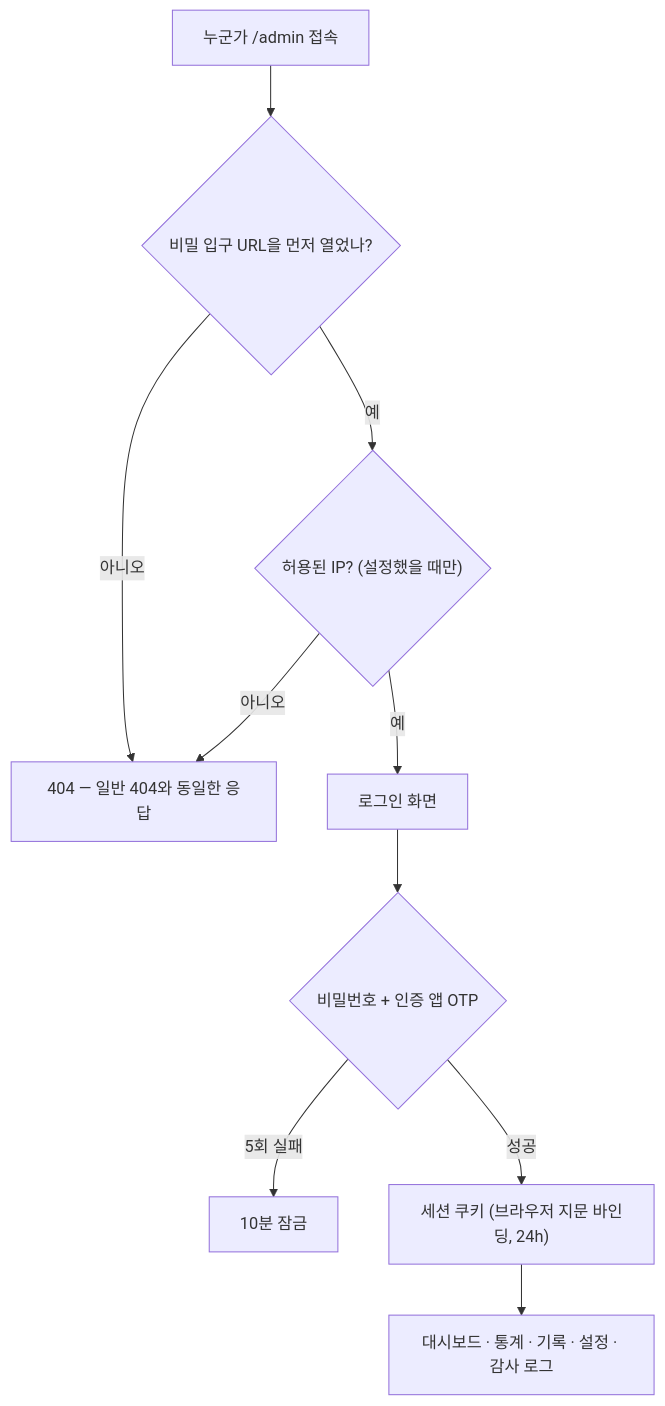
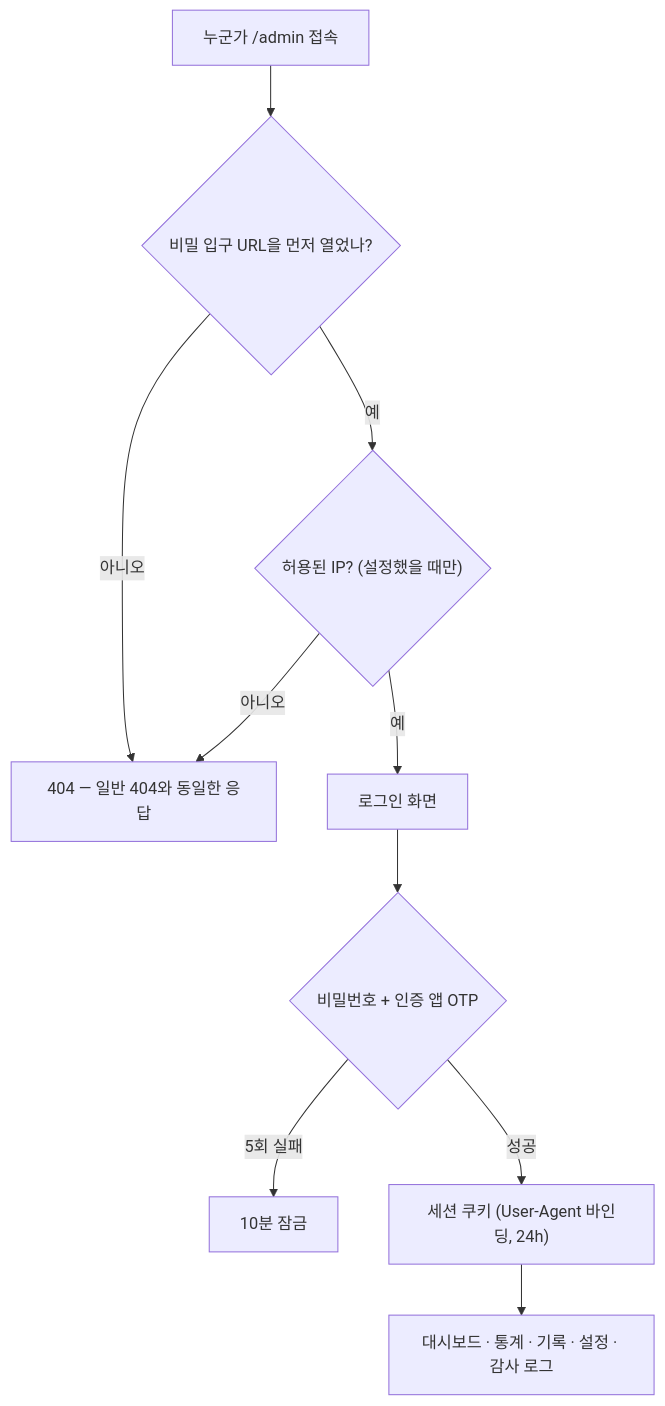
The second of 2 diagrams in README.md (vittroi384/qr-web), drawn with Mermaid before and after one commit. The commit also changed other lines of this file and 6 other files, not shown here.

````diff
--- a/README.md
+++ b/README.md
@@ -109,10 +109,10 @@
 ```mermaid
 flowchart TD
   X["누군가 /admin 접속"] --> G{"비밀 입구 URL을 먼저 열었나?"}
   G -- 아니오 --> N["404 — 일반 404와 동일한 응답"]
   G -- 예 --> I{"허용된 IP? (설정했을 때만)"}
   I -- 아니오 --> N
   I -- 예 --> L["로그인 화면"] --> PW{"비밀번호 + 인증 앱 OTP"}
   PW -- 5회 실패 --> LOCK["10분 잠금"]
-  PW -- 성공 --> SES["세션 쿠키 (브라우저 지문 바인딩, 24h)"] --> ADM["대시보드 · 통계 · 기록 · 설정 · 감사 로그"]
+  PW -- 성공 --> SES["세션 쿠키 (User-Agent 바인딩, 24h)"] --> ADM["대시보드 · 통계 · 기록 · 설정 · 감사 로그"]
 ```
````
